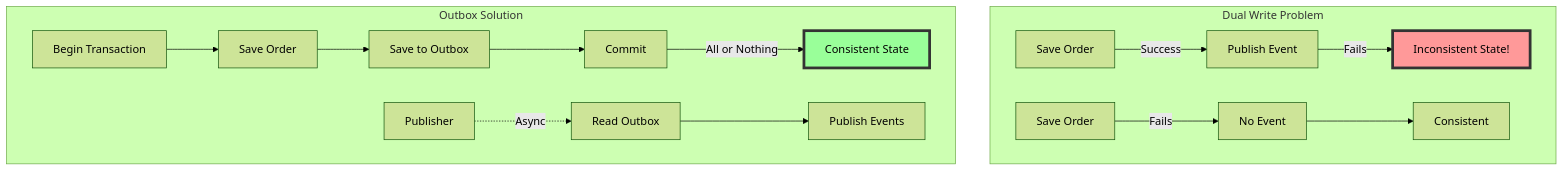
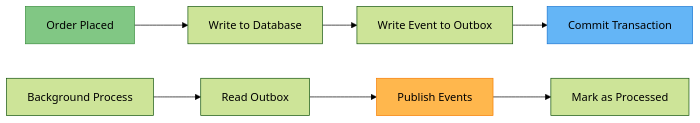
Before and after one commit to deepaucksharma/DStudio: the first of 6 diagrams in docs/pattern-library/data-management/outbox.md, drawn with Mermaid (forest theme). The commit also changed other lines of this file and 191 other files, not shown here.

````diff
--- a/docs/pattern-library/data-management/outbox.md
+++ b/docs/pattern-library/data-management/outbox.md
@@ -131,24 +82,14 @@
 ```mermaid
-graph TB
-    subgraph "Dual Write Problem"
-        P1[Save Order] -->|Success| P2[Publish Event]
-        P2 -->|Fails| P3[Inconsistent State!]
-        
-        P4[Save Order] -->|Fails| P5[No Event]
-        P5 --> P6[Consistent]
-        
-        style P3 fill:#f99,stroke:#333,stroke-width:4px
-    end
+graph LR
+    A[Order Placed] --> B[Write to Database]
+    B --> C[Write Event to Outbox]
+    C --> D[Commit Transaction]
     
-    subgraph "Outbox Solution"
-        O1[Begin Transaction] --> O2[Save Order]
-        O2 --> O3[Save to Outbox]
-        O3 --> O4[Commit]
-        O4 -->|All or Nothing| O5[Consistent State]
-        
-        O6[Publisher] -.->|Async| O7[Read Outbox]
-        O7 --> O8[Publish Events]
-        
-        style O5 fill:#9f9,stroke:#333,stroke-width:4px
-    end
+    E[Background Process] --> F[Read Outbox]
+    F --> G[Publish Events]
+    G --> H[Mark as Processed]
+    
+    style A fill:#81c784,stroke:#388e3c
+    style D fill:#64b5f6,stroke:#1976d2
+    style G fill:#ffb74d,stroke:#f57c00
 ```
````
